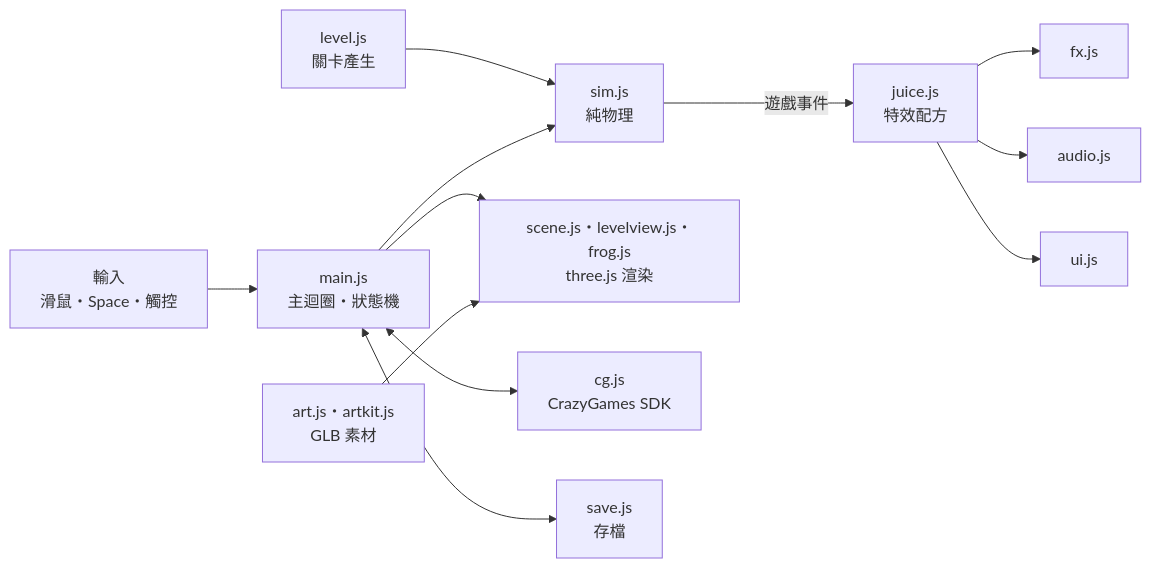
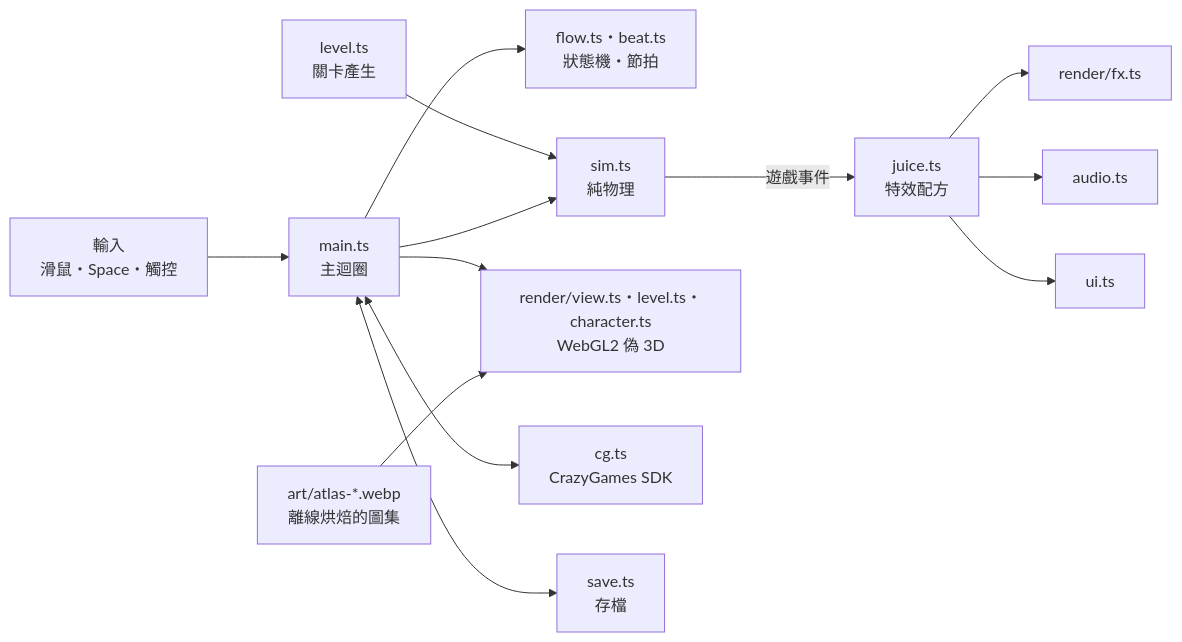
The diagram in README.md (eouzoe/sticky-frog-dev), drawn with Mermaid before and after one commit. The commit also changed other lines of this file and 1 other file, not shown here.

````diff
--- a/README.md
+++ b/README.md
@@ -114,14 +114,15 @@
 ```mermaid
 flowchart LR
-  input["輸入<br/>滑鼠・Space・觸控"] --> main["main.js<br/>主迴圈・狀態機"]
-  level["level.js<br/>關卡產生"] --> sim
-  main --> sim["sim.js<br/>純物理"]
-  sim -- 遊戲事件 --> juice["juice.js<br/>特效配方"]
-  juice --> fx["fx.js"]
-  juice --> audio["audio.js"]
-  juice --> ui["ui.js"]
-  main --> view["scene.js・levelview.js・frog.js<br/>three.js 渲染"]
-  art["art.js・artkit.js<br/>GLB 素材"] --> view
-  main <--> cg["cg.js<br/>CrazyGames SDK"]
-  main <--> save["save.js<br/>存檔"]
+  input["輸入<br/>滑鼠・Space・觸控"] --> main["main.ts<br/>主迴圈"]
+  main --> flow["flow.ts・beat.ts<br/>狀態機・節拍"]
+  level["level.ts<br/>關卡產生"] --> sim
+  main --> sim["sim.ts<br/>純物理"]
+  sim -- 遊戲事件 --> juice["juice.ts<br/>特效配方"]
+  juice --> fx["render/fx.ts"]
+  juice --> audio["audio.ts"]
+  juice --> ui["ui.ts"]
+  main --> view["render/view.ts・level.ts・character.ts<br/>WebGL2 偽 3D"]
+  art["art/atlas-*.webp<br/>離線烘焙的圖集"] --> view
+  main <--> cg["cg.ts<br/>CrazyGames SDK"]
+  main <--> save["save.ts<br/>存檔"]
 ```
````
